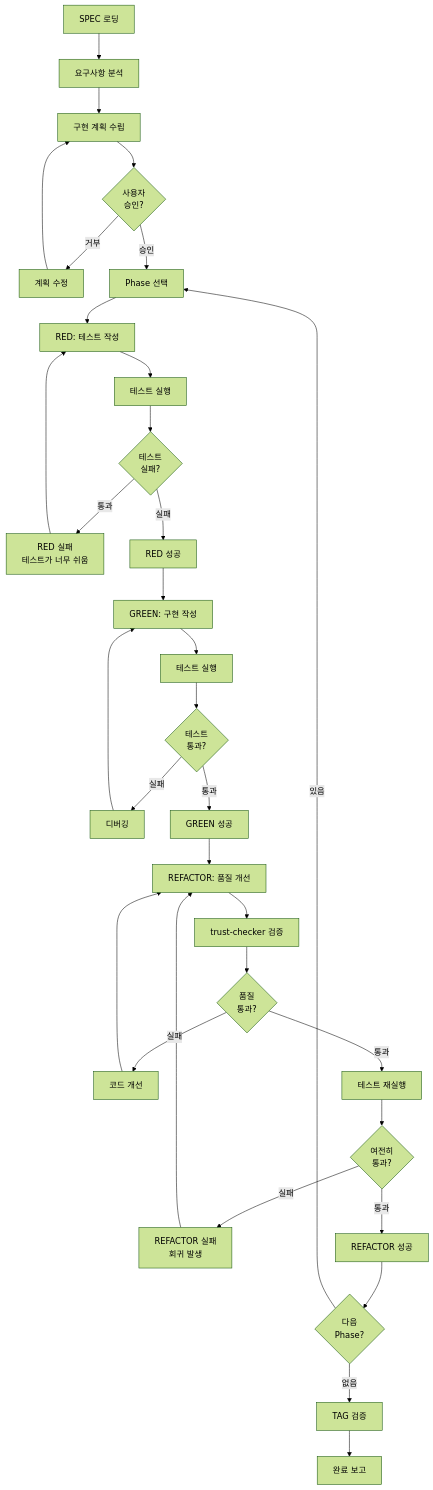
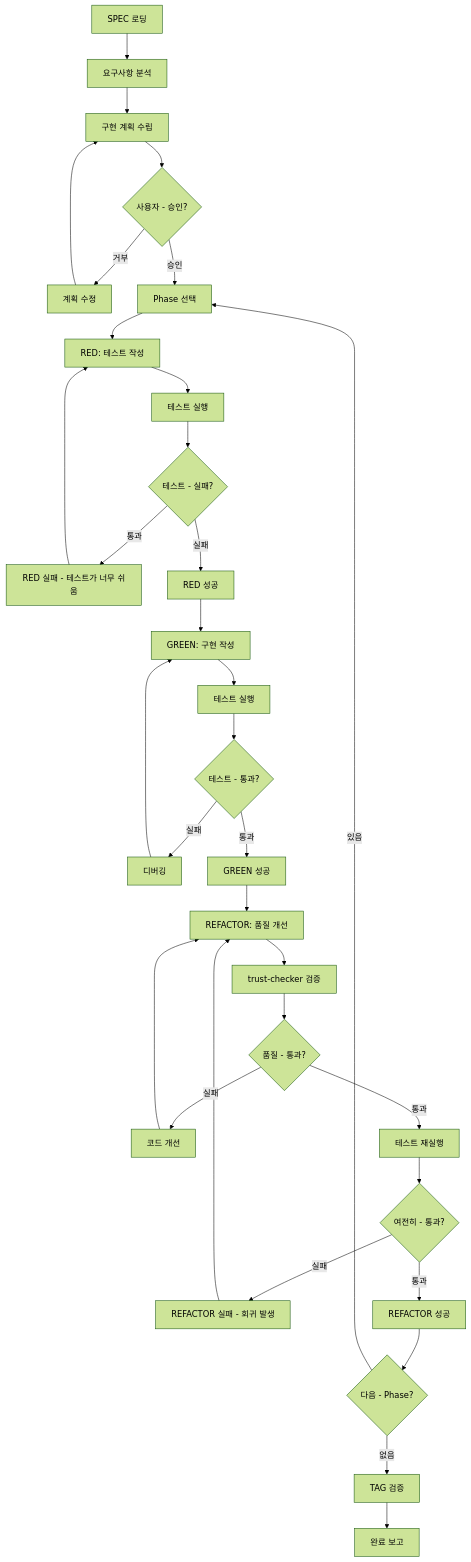
Before and after one commit to modu-ai/moai-adk: the seventh of 7 diagrams in docs/claude/agents/code-builder.md, drawn with Mermaid (forest theme). The commit also changed other lines of this file and 447 other files, not shown here.

````diff
--- a/docs/claude/agents/code-builder.md
+++ b/docs/claude/agents/code-builder.md
@@ -977,51 +977,51 @@
 ```mermaid
 flowchart TD
     A[SPEC 로딩] --> B[요구사항 분석]
     B --> C[구현 계획 수립]
-    C --> D{사용자<br/>승인?}
+    C --> D{사용자 - 승인?}
 
     D -->|거부| E[계획 수정]
     E --> C
 
     D -->|승인| F[Phase 선택]
 
     F --> G[RED: 테스트 작성]
     G --> H[테스트 실행]
-    H --> I{테스트<br/>실패?}
+    H --> I{테스트 - 실패?}
 
-    I -->|통과| J["RED 실패<br/>테스트가 너무 쉬움"]
+    I -->|통과| J["RED 실패 - 테스트가 너무 쉬움"]
     J --> G
 
     I -->|실패| K["RED 성공"]
     K --> L[GREEN: 구현 작성]
 
     L --> M[테스트 실행]
-    M --> N{테스트<br/>통과?}
+    M --> N{테스트 - 통과?}
 
     N -->|실패| O[디버깅]
     O --> L
 
     N -->|통과| P["GREEN 성공"]
     P --> Q[REFACTOR: 품질 개선]
 
     Q --> R[trust-checker 검증]
-    R --> S{품질<br/>통과?}
+    R --> S{품질 - 통과?}
 
     S -->|실패| T[코드 개선]
     T --> Q
 
     S -->|통과| U[테스트 재실행]
-    U --> V{여전히<br/>통과?}
+    U --> V{여전히 - 통과?}
 
-    V -->|실패| W["REFACTOR 실패<br/>회귀 발생"]
+    V -->|실패| W["REFACTOR 실패 - 회귀 발생"]
     W --> Q
 
     V -->|통과| X["REFACTOR 성공"]
-    X --> Y{다음<br/>Phase?}
+    X --> Y{다음 - Phase?}
 
     Y -->|있음| F
     Y -->|없음| Z[TAG 검증]
 
     Z --> AA[완료 보고]
 
 ```
````
